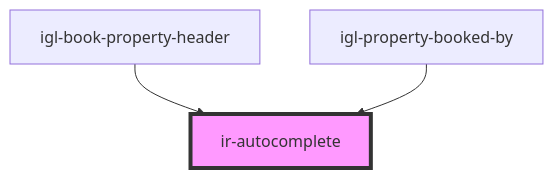
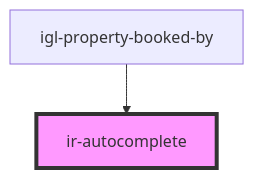
Before and after one commit to David1Chowaifaty/modified-ir-webcmp: the diagram in src/components/ui/ir-autocomplete/readme.md, drawn with Mermaid. The commit also changed other lines of this file and 28 other files, not shown here.

First line of the commit message:
Refactor igl-book-property components to enhance functionality and styling

````diff
--- a/src/components/ui/ir-autocomplete/readme.md
+++ b/src/components/ui/ir-autocomplete/readme.md
@@ -45,6 +44,5 @@
 ```mermaid
 graph TD;
-  igl-book-property-header --> ir-autocomplete
   igl-property-booked-by --> ir-autocomplete
   style ir-autocomplete fill:#f9f,stroke:#333,stroke-width:4px
 ```
````
